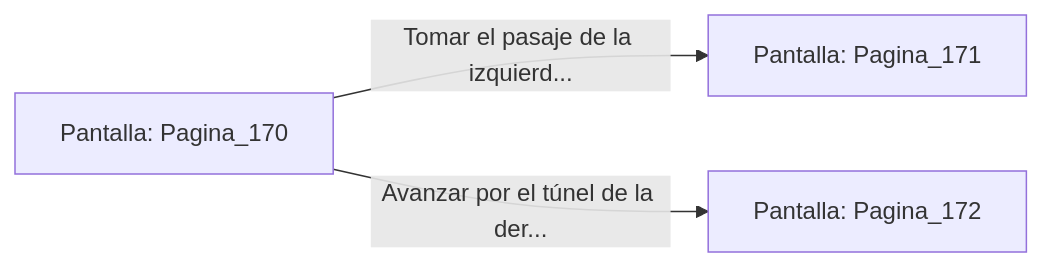
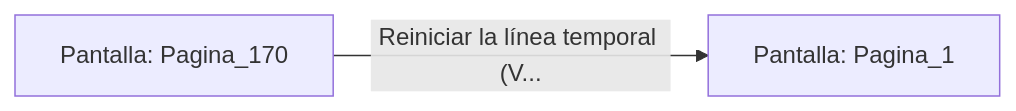
Before and after one commit to metsuke/mpl: the diagram in sample/eligejuego-vault/Pantalla_Pagina_170.md, drawn with Mermaid. The commit also changed other lines of this file and 635 other files, not shown here.

First line of the commit message:
fix: añadir Pagina_1 como pantalla inicial en capitulo_01.mpl

````diff
--- a/sample/eligejuego-vault/Pantalla_Pagina_170.md
+++ b/sample/eligejuego-vault/Pantalla_Pagina_170.md
@@ -20,6 +17,5 @@
 ```mermaid
 graph LR
     P_Pagina_170["Pantalla: Pagina_170"]
-    P_Pagina_170 -->|"Tomar el pasaje de la izquierd..."| P_Pagina_171["Pantalla: Pagina_171"]
-    P_Pagina_170 -->|"Avanzar por el túnel de la der..."| P_Pagina_172["Pantalla: Pagina_172"]
+    P_Pagina_170 -->|"Reiniciar la línea temporal (V..."| P_Pagina_1["Pantalla: Pagina_1"]
 ```
````
